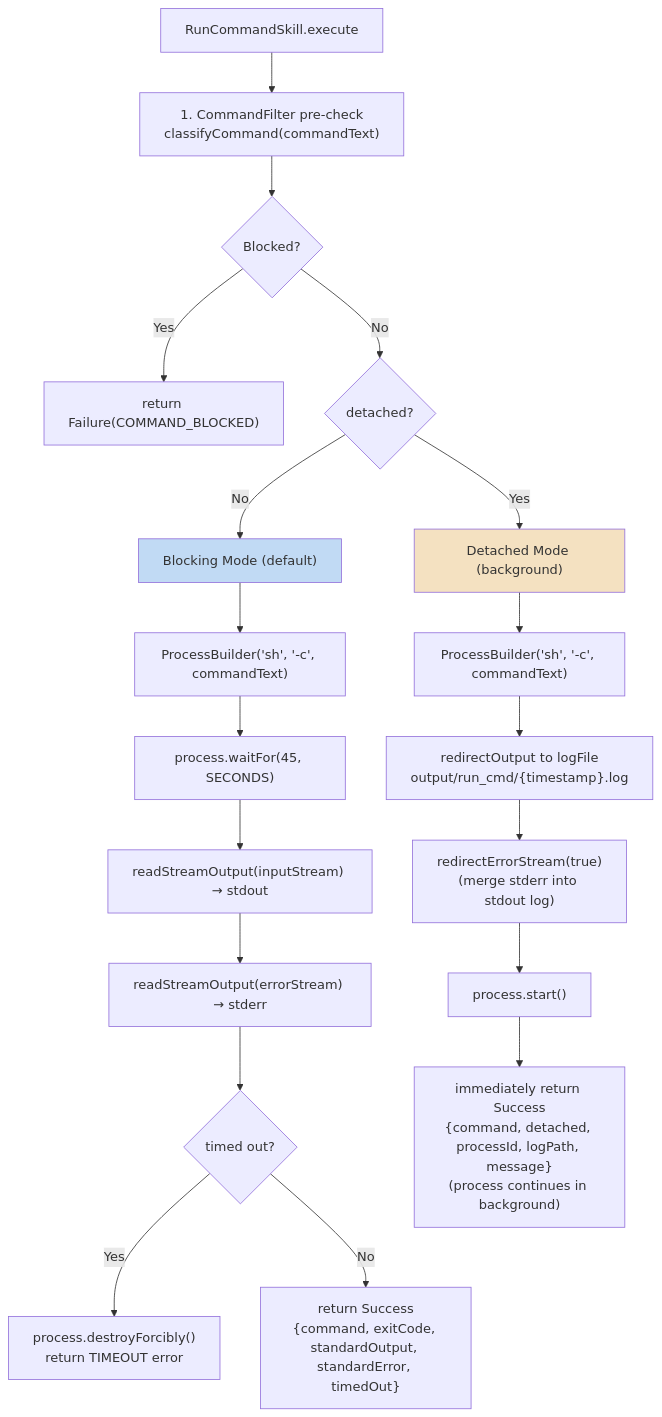
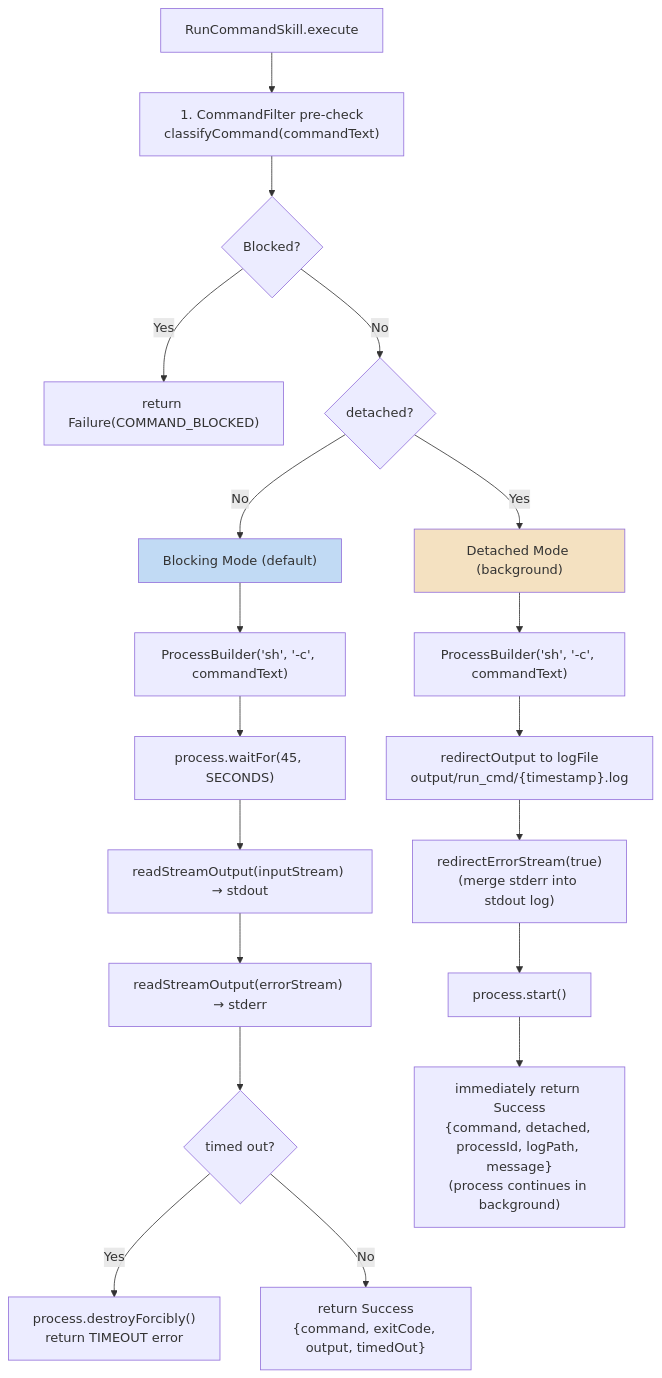
Diagram 14 of 27 in docs/ARCHITECTURE.md (lg841226/Gradum), drawn with Mermaid before and after one commit. The commit also changed other lines of this file and 2 other files, not shown here.

First line of the commit message:
fix(run_cmd): merge stdout/stderr into single output field

````diff
--- a/docs/ARCHITECTURE.md
+++ b/docs/ARCHITECTURE.md
@@ -887,23 +887,23 @@
 ```mermaid
 flowchart TD
     START["RunCommandSkill.execute"] --> PRECHECK["1. CommandFilter pre-check<br/>classifyCommand(commandText)"]
     PRECHECK --> BLOCKED{Blocked?}
     BLOCKED -->|Yes| RETURN_BLOCKED["return Failure(COMMAND_BLOCKED)"]
     BLOCKED -->|No| MODE{detached?}
     MODE -->|No| BLOCKING["Blocking Mode (default)"]
     BLOCKING --> PB1["ProcessBuilder('sh', '-c', commandText)"]
     PB1 --> WAIT["process.waitFor(45, SECONDS)"]
     WAIT --> STDOUT["readStreamOutput(inputStream) → stdout"]
     STDOUT --> STDERR["readStreamOutput(errorStream) → stderr"]
     STDERR --> TIMEOUT{timed out?}
     TIMEOUT -->|Yes| KILL["process.destroyForcibly()<br/>return TIMEOUT error"]
-    TIMEOUT -->|No| RETURN_BLOCK["return Success<br/>{command, exitCode, standardOutput, standardError, timedOut}"]
+    TIMEOUT -->|No| RETURN_BLOCK["return Success<br/>{command, exitCode, output, timedOut}"]
     MODE -->|Yes| DETACHED["Detached Mode (background)"]
     DETACHED --> PB2["ProcessBuilder('sh', '-c', commandText)"]
     PB2 --> LOG["redirectOutput to logFile<br/>output/run_cmd/{timestamp}.log"]
     LOG --> MERGE["redirectErrorStream(true)<br/>(merge stderr into stdout log)"]
     MERGE --> START2["process.start()"]
     START2 --> RETURN_DETACH["immediately return Success<br/>{command, detached, processId, logPath, message}<br/>(process continues in background)"]
     style BLOCKING fill: #c1daf4
     style DETACHED fill: #f4e1c1
 ```
````
